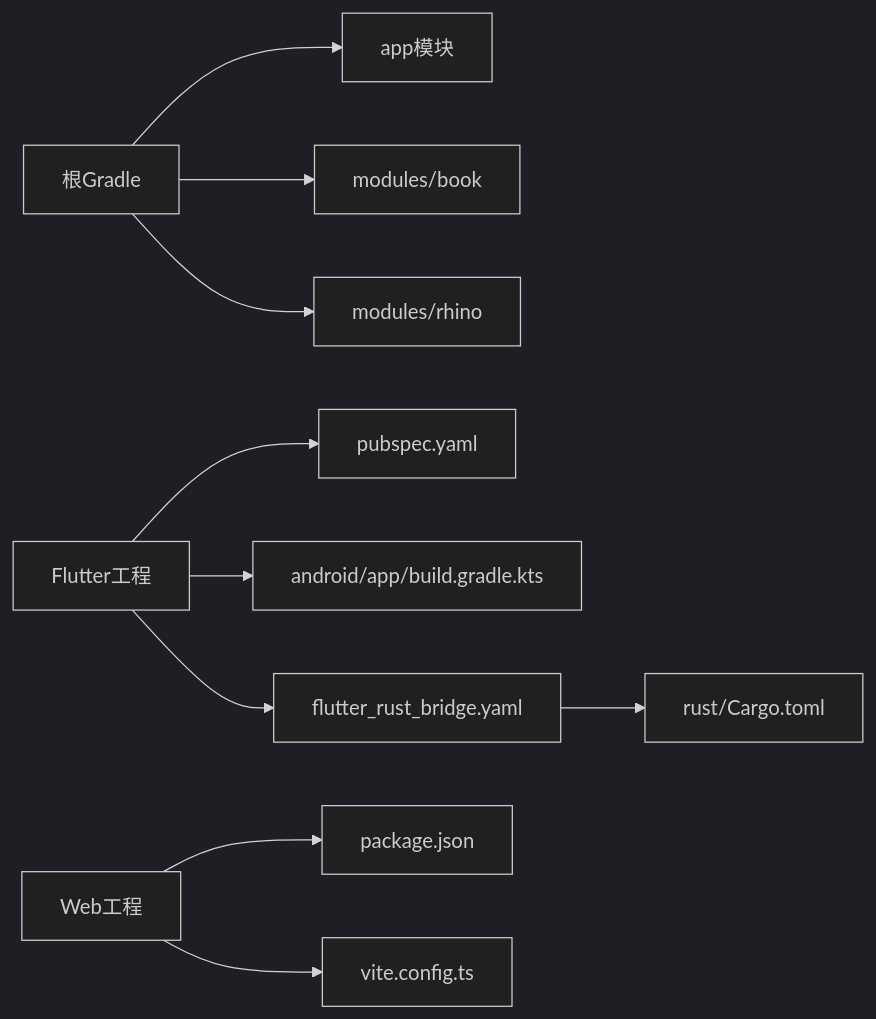
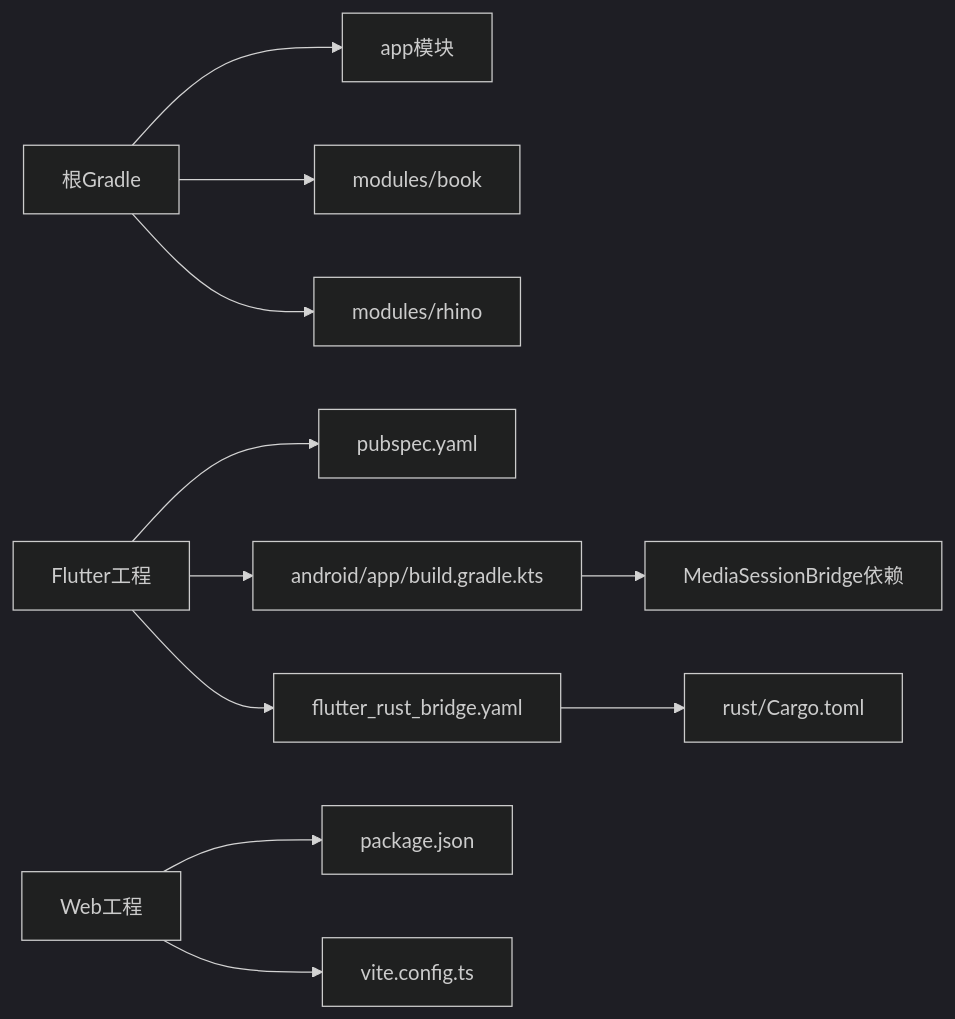
One commit to ZhangGHGitHub/LegadoTeamFlutter changed the eighth of 8 diagrams in .qoder/repowiki/zh/content/构建和部署/构建和部署.md. Above: the diagram before and after it, drawn with Mermaid (dark theme). The commit also changed other lines of this file and 66 other files, not shown here.

````diff
--- a/.qoder/repowiki/zh/content/构建和部署/构建和部署.md
+++ b/.qoder/repowiki/zh/content/构建和部署/构建和部署.md
@@ -350,12 +390,13 @@
 ```mermaid
 graph LR
 Root["根Gradle"] --> App["app模块"]
 Root --> ModBook["modules/book"]
 Root --> ModRhino["modules/rhino"]
 Flutter["Flutter工程"] --> Pub["pubspec.yaml"]
 Flutter --> AndGradle["android/app/build.gradle.kts"]
 Flutter --> FRB["flutter_rust_bridge.yaml"]
+AndGradle --> MSB["MediaSessionBridge依赖"]
 FRB --> Cargo["rust/Cargo.toml"]
 Web["Web工程"] --> Pkg["package.json"]
 Web --> Vite["vite.config.ts"]
 ```
````
